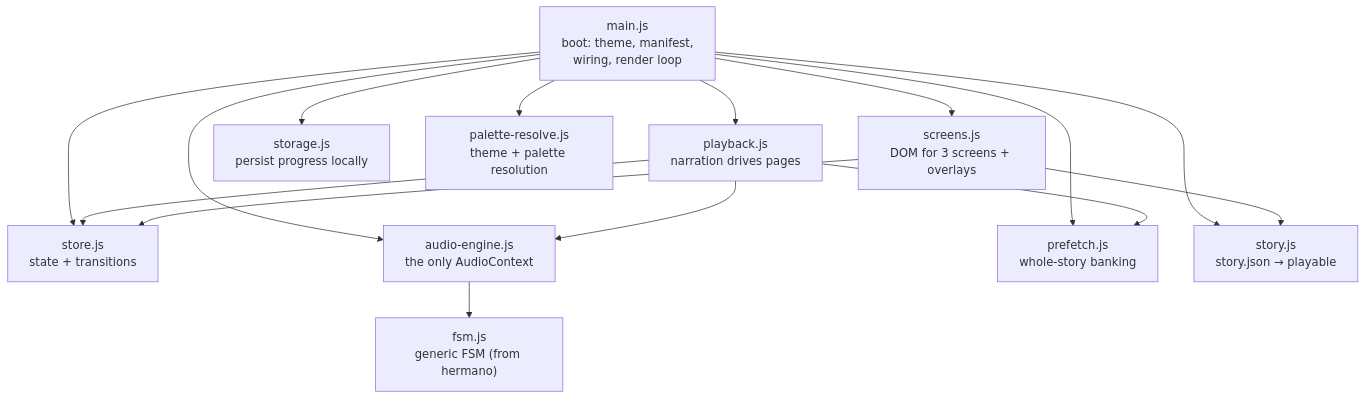
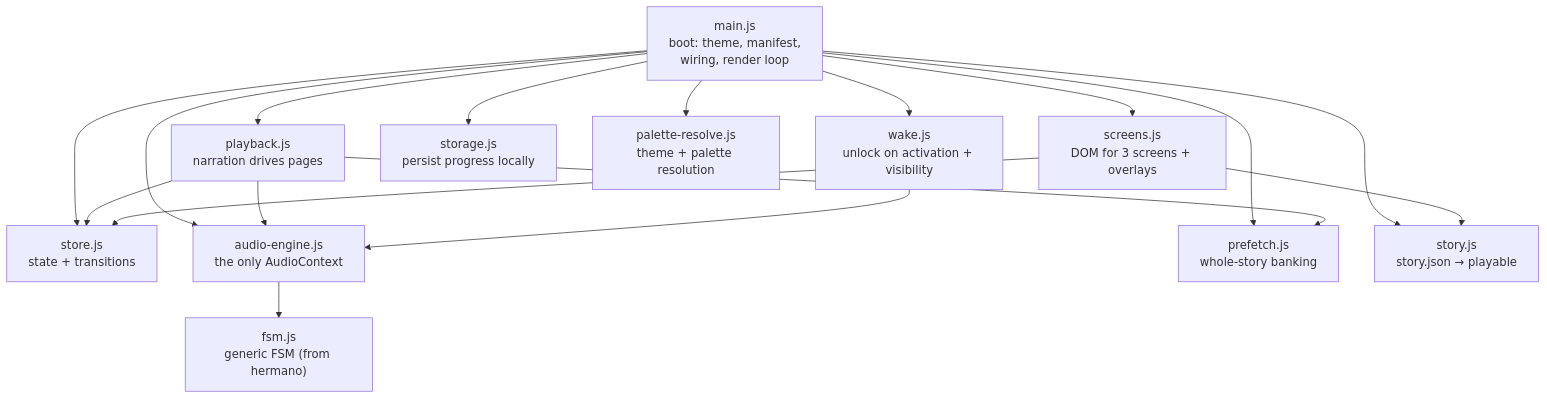
The second of 7 diagrams in docs/system-overview.md (darth-dodo/cantastorie), drawn with Mermaid before and after one commit. The commit also changed other lines of this file and 14 other files, not shown here.

First line of the commit message:
fix(player): wake audio on every activation and recover stalled narration (B9, AI-461) (#102)

````diff
--- a/docs/system-overview.md
+++ b/docs/system-overview.md
@@ -66,18 +66,20 @@
 ```mermaid
 flowchart TD
     main["main.js<br/>boot: theme, manifest,<br/>wiring, render loop"]
     store["store.js<br/>state + transitions"]
     playback["playback.js<br/>narration drives pages"]
     engine["audio-engine.js<br/>the only AudioContext"]
+    wake["wake.js<br/>unlock on activation + visibility"]
     fsm["fsm.js<br/>generic FSM (from hermano)"]
     prefetch["prefetch.js<br/>whole-story banking"]
     story["story.js<br/>story.json → playable"]
     screens["screens.js<br/>DOM for 3 screens + overlays"]
     storage["storage.js<br/>persist progress locally"]
     palette["palette-resolve.js<br/>theme + palette resolution"]
 
-    main --> store & playback & engine & prefetch & story & screens & storage & palette
+    main --> store & playback & engine & wake & prefetch & story & screens & storage & palette
     playback --> store & engine & prefetch
+    wake --> engine
     engine --> fsm
     screens --> story & store
 ```
````
